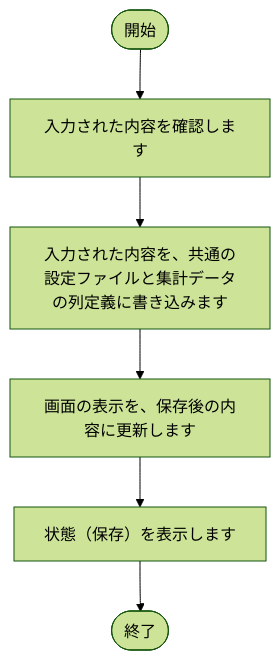
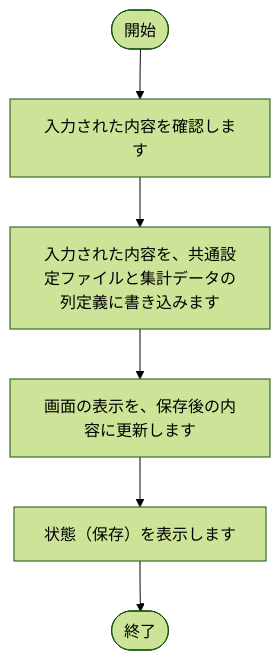
The eighth of 25 diagrams in tool/kintone-aggregator/doc/02_設計/処理フロー.md (nishida2073/project_management), drawn with Mermaid (forest theme) before and after one commit. The commit also changed other lines of this file and 21 other files, not shown here.

````diff
--- a/tool/kintone-aggregator/doc/02_設計/処理フロー.md
+++ b/tool/kintone-aggregator/doc/02_設計/処理フロー.md
@@ -243,14 +243,14 @@
 ```mermaid
 flowchart TD
     S(["開始"])
     E(["終了"])
     N1["入力された内容を確認します"]
     S --> N1
-    N2["入力された内容を、共通の設定ファイルと集計データの列定義に書き込みます"]
+    N2["入力された内容を、共通設定ファイルと集計データの列定義に書き込みます"]
     N1 --> N2
     N3["画面の表示を、保存後の内容に更新します"]
     N2 --> N3
     N4["状態（保存）を表示します"]
     N3 --> N4
     N4 --> E
 ```
````
